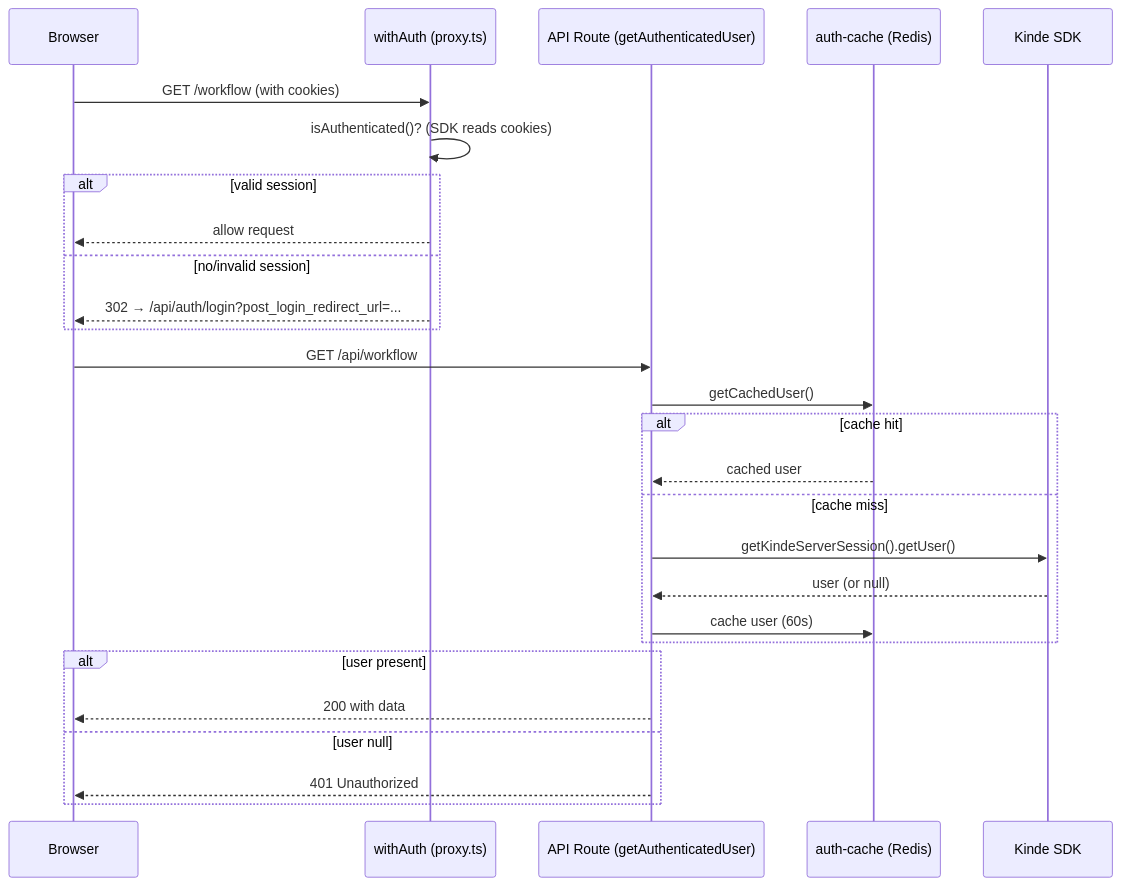
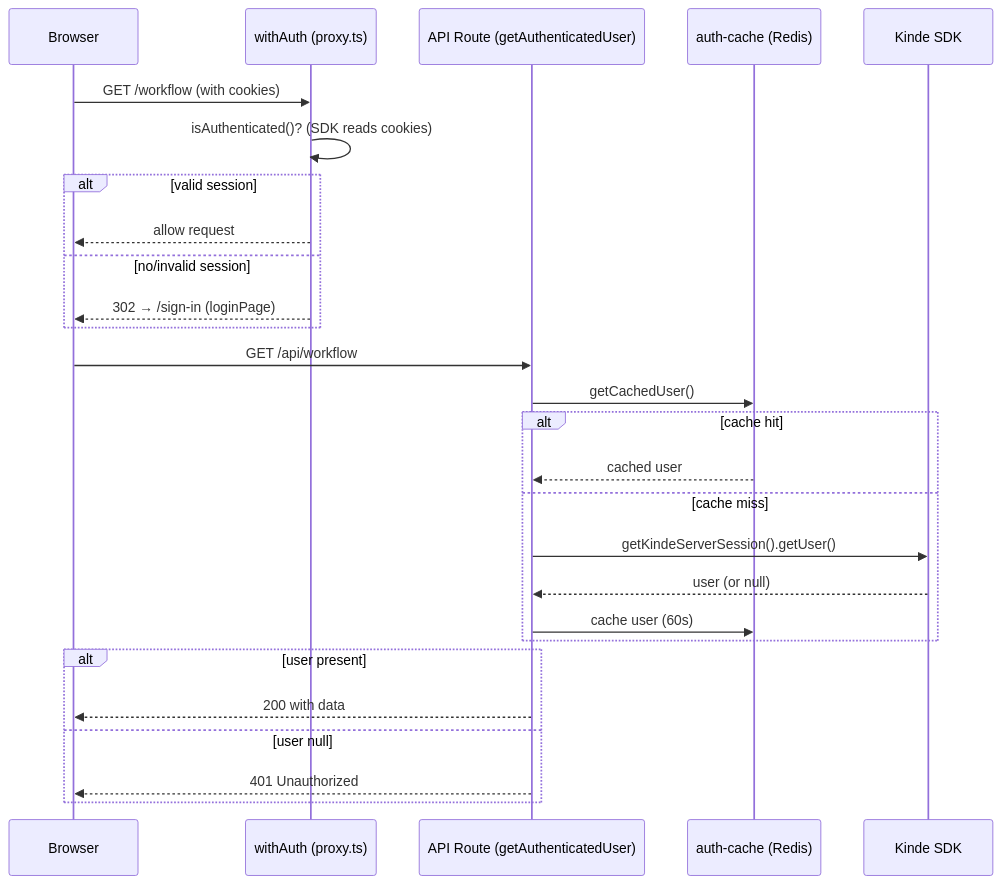
One commit to Nayyelin-14/workflow-mcp changed the third of 4 diagrams in KINDEDOCS.md. Above: the diagram before and after it, drawn with Mermaid. The commit also changed other lines of this file and 9 other files, not shown here.

First line of the commit message:
feat: implement custom sign-in page with Google OAuth integration

````diff
--- a/KINDEDOCS.md
+++ b/KINDEDOCS.md
@@ -585,31 +597,31 @@
 ```mermaid
 sequenceDiagram
     participant B as Browser
     participant M as withAuth (proxy.ts)
     participant A as API Route (getAuthenticatedUser)
     participant C as auth-cache (Redis)
     participant K as Kinde SDK
 
     B->>M: GET /workflow (with cookies)
     M->>M: isAuthenticated()? (SDK reads cookies)
     alt valid session
         M-->>B: allow request
     else no/invalid session
-        M-->>B: 302 → /api/auth/login?post_login_redirect_url=...
+        M-->>B: 302 → /sign-in (loginPage)
     end
 
     B->>A: GET /api/workflow
     A->>C: getCachedUser()
     alt cache hit
         C-->>A: cached user
     else cache miss
         A->>K: getKindeServerSession().getUser()
         K-->>A: user (or null)
         A->>C: cache user (60s)
     end
     alt user present
         A-->>B: 200 with data
     else user null
         A-->>B: 401 Unauthorized
     end
 ```
````
